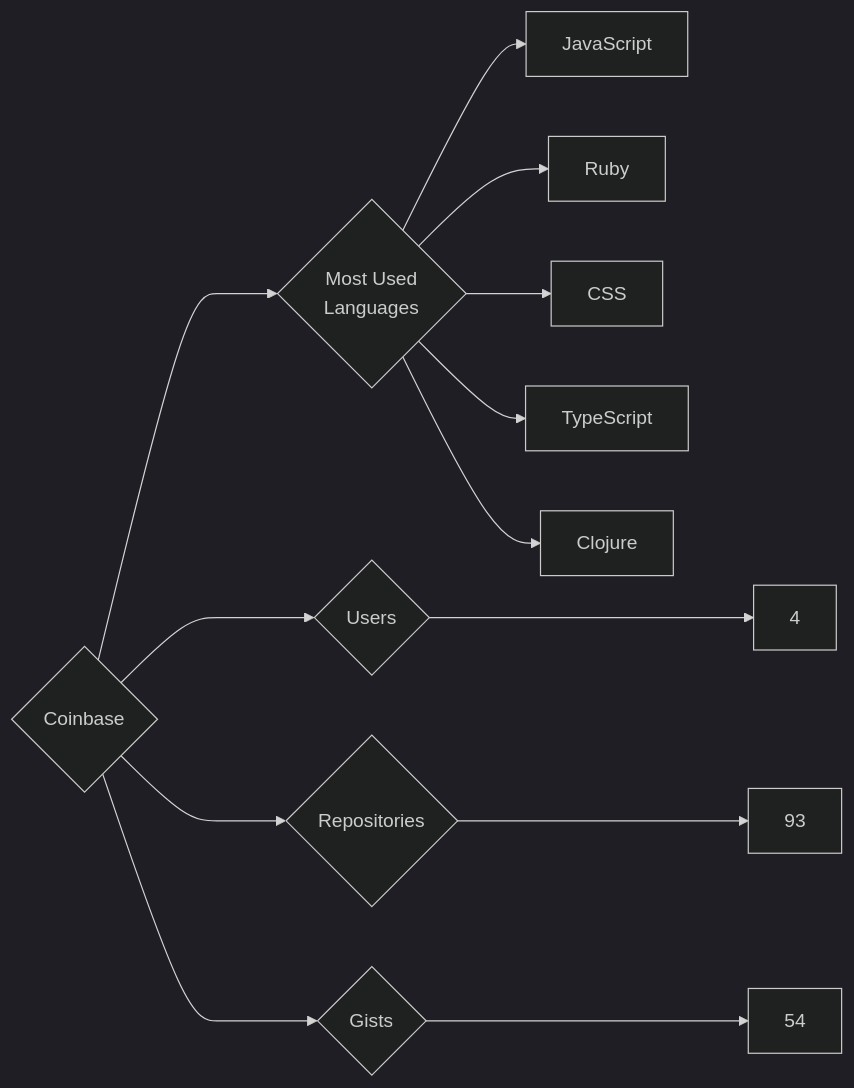
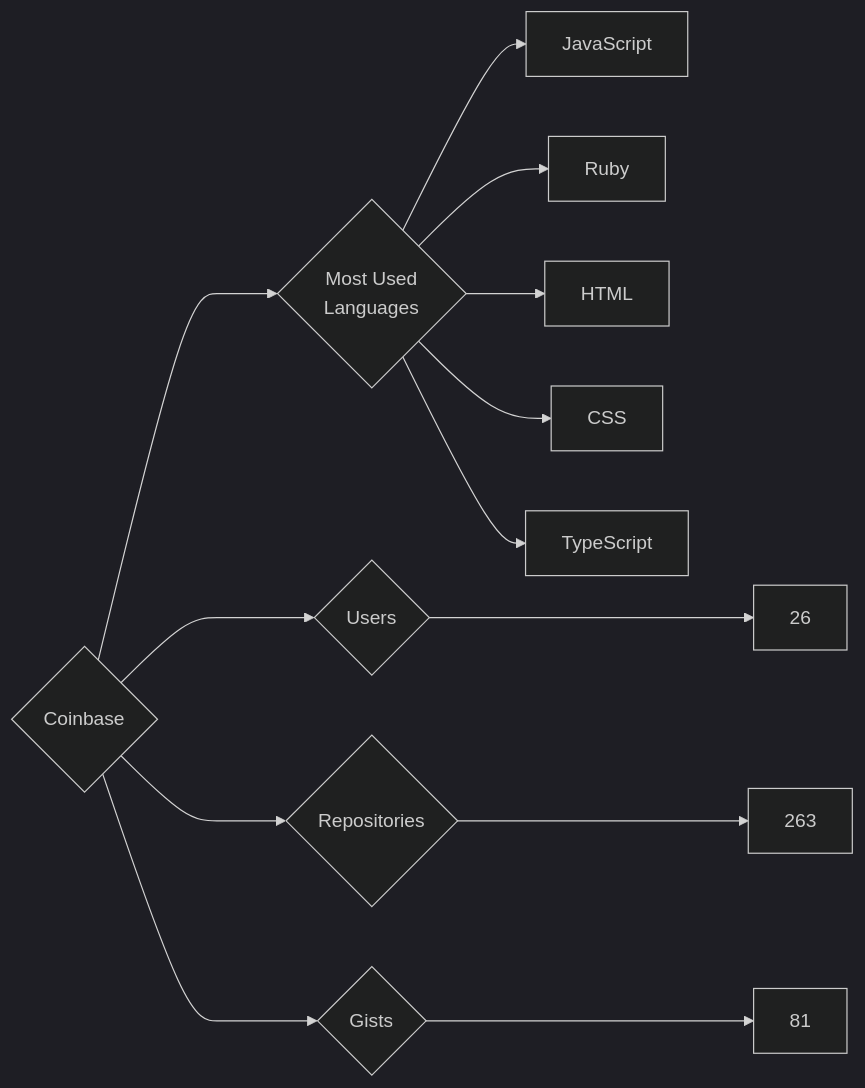
Before and after one commit to trickest/insiders: the diagram in targets/Coinbase/README.md, drawn with Mermaid (dark theme). The commit also changed 682 other files, not shown here.

````diff
--- a/targets/Coinbase/README.md
+++ b/targets/Coinbase/README.md
@@ -3,13 +3,13 @@
 ```mermaid
 graph LR
 COMPANY_NAME{Coinbase}
-COMPANY_NAME ---> U{Users} ---> UN[4]
-COMPANY_NAME ---> R{Repositories} ---> RN[93]
-COMPANY_NAME ---> G{Gists} ---> GN[54]
+COMPANY_NAME ---> U{Users} ---> UN[26]
+COMPANY_NAME ---> R{Repositories} ---> RN[263]
+COMPANY_NAME ---> G{Gists} ---> GN[81]
 COMPANY_NAME ---> ML{Most Used<br>Languages}
 ML --> JavaScript[JavaScript]
 ML --> Ruby[Ruby]
+ML --> HTML[HTML]
 ML --> CSS[CSS]
 ML --> TypeScript[TypeScript]
-ML --> Clojure[Clojure]
 ```
````
